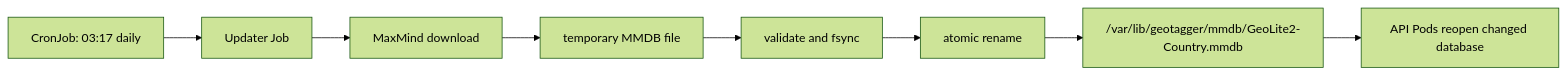
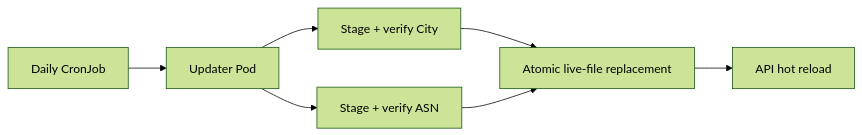
Before and after one commit to Jstarzz/geotagger: the sixth of 9 diagrams in docs/KUBERNETES.md, drawn with Mermaid (forest theme). The commit also changed other lines of this file, not shown here.

Commit message:
docs: update K3s guide for dual MMDB architecture

````diff
--- a/docs/KUBERNETES.md
+++ b/docs/KUBERNETES.md
@@ -245,10 +339,9 @@
 ```mermaid
 flowchart LR
-    CRON["CronJob: 03:17 daily"] --> JOB["Updater Job"]
-    JOB --> MAXMIND["MaxMind download"]
-    MAXMIND --> TMP["temporary MMDB file"]
-    TMP --> VERIFY["validate and fsync"]
-    VERIFY --> RENAME["atomic rename"]
-    RENAME --> FILE["/var/lib/geotagger/mmdb/GeoLite2-Country.mmdb"]
-    FILE --> API["API Pods reopen changed database"]
+    CRON["Daily CronJob"] --> JOB["Updater Pod"]
+    JOB --> CITY["Stage + verify City"]
+    JOB --> ASN["Stage + verify ASN"]
+    CITY --> LIVE["Atomic live-file replacement"]
+    ASN --> LIVE
+    LIVE --> API["API hot reload"]
 ```
````
